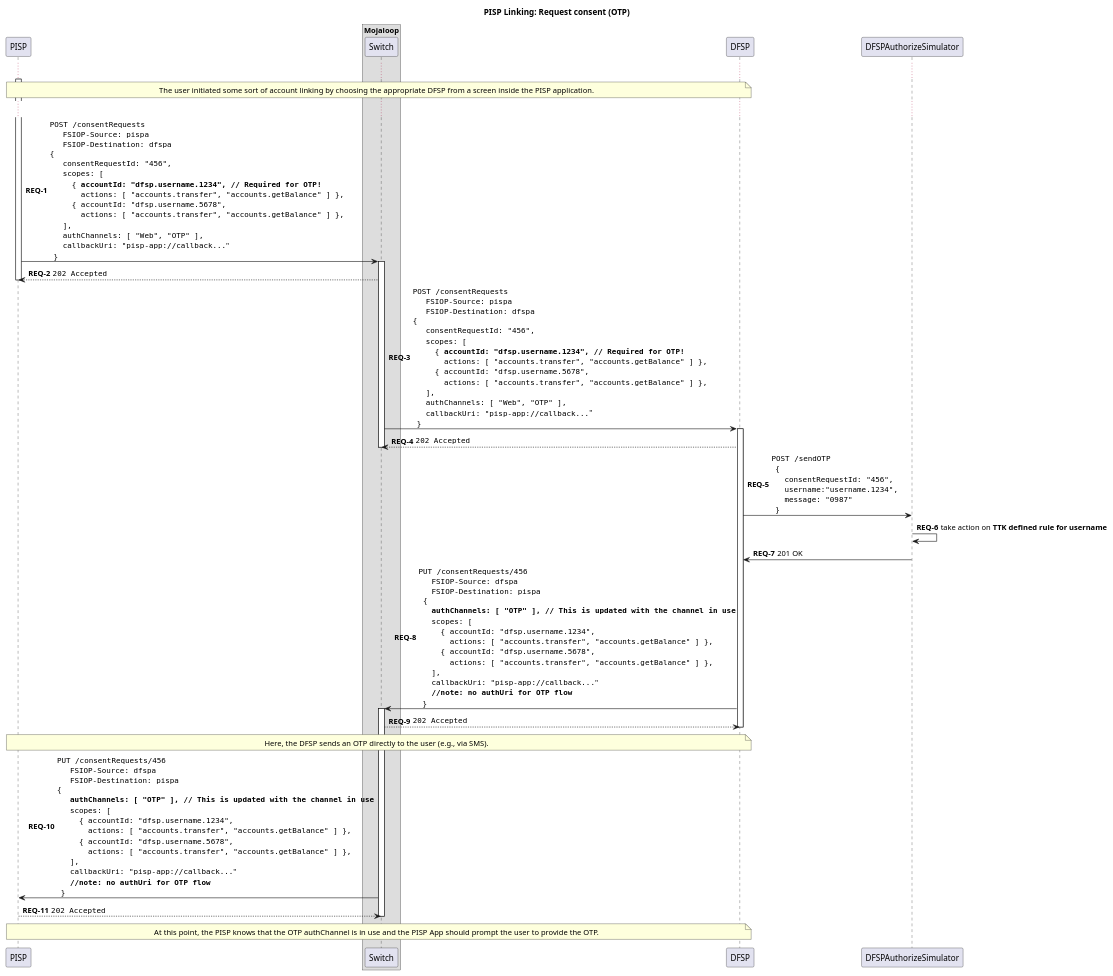
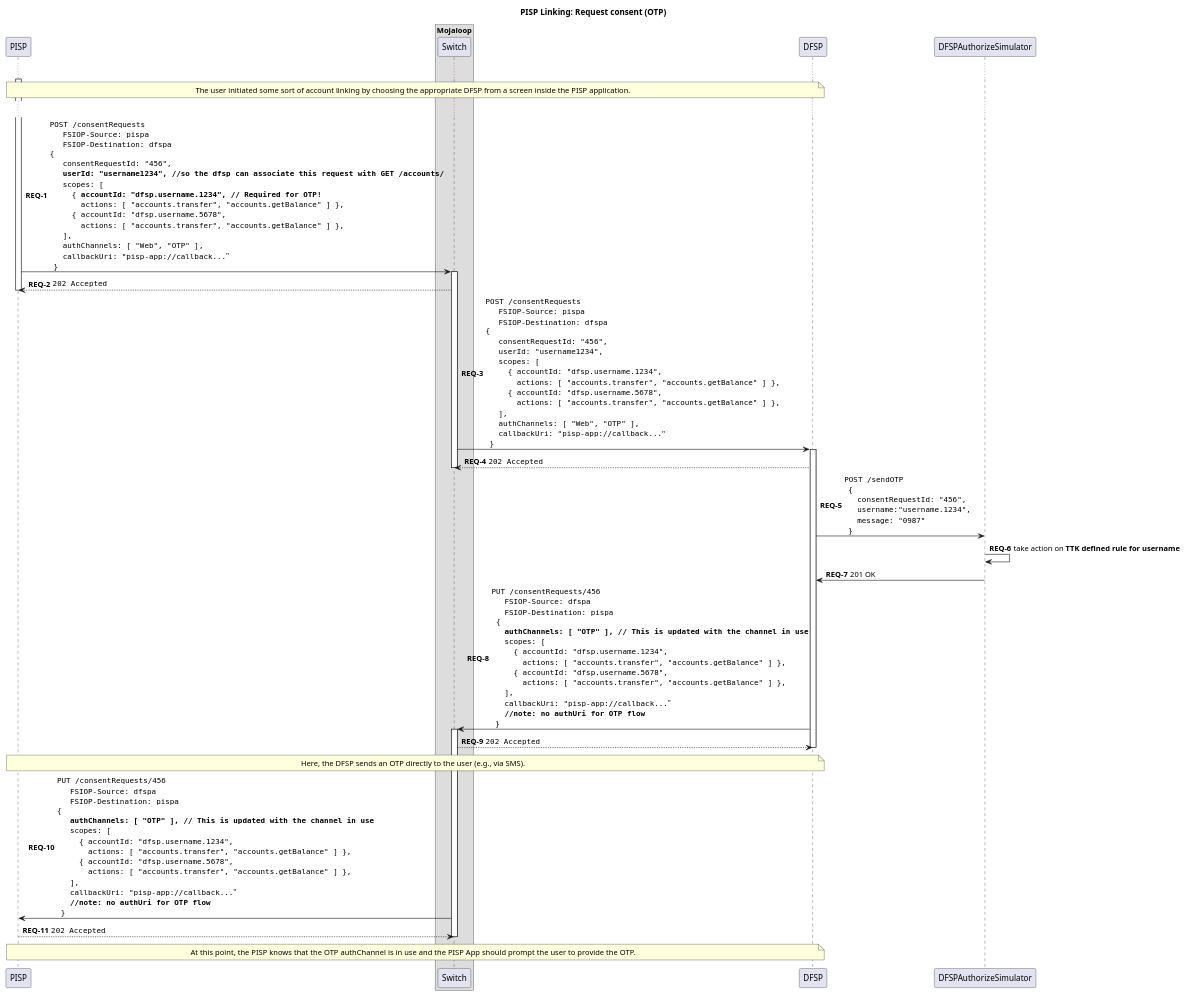
One commit to mojaloop/pisp-project changed the diagram in docs/linking/2-request-consent-otp.puml. Above: the diagram before and after it, drawn with PlantUML. The commit also changed 10 other files, not shown here.

```diff
--- a/docs/linking/2-request-consent-otp.puml
+++ b/docs/linking/2-request-consent-otp.puml
@@ -1,112 +1,114 @@
 @startuml
 
 title PISP Linking: Request consent (OTP)
 
 participant "PISP" as PISP
 
 box "Mojaloop"
     participant Switch
 end box
 
 participant DFSP
 participant DFSPAuthorizeSimulator
 
 autonumber 1 "<b>REQ-#</b>"
 
 activate PISP
 
 ...
 
 note over PISP, DFSP
     The user initiated some sort of account linking by choosing the appropriate DFSP from a screen inside the PISP application.
 end note
 
 ...
 
 PISP -> Switch ++: ""POST /consentRequests""\n\
   ""  FSIOP-Source: pispa""\n\
   ""  FSIOP-Destination: dfspa""\n\
 ""{""\n\
   ""  consentRequestId: "456",""\n\
+  ""  **userId: "username1234", //so the dfsp can associate this request with GET /accounts/**""\n\
   ""  scopes: [ ""\n\
   ""    { **accountId: "dfsp.username.1234", // Required for OTP!**""\n\
   ""      actions: [ "accounts.transfer", "accounts.getBalance" ] },""\n\
   ""    { accountId: "dfsp.username.5678",""\n\
   ""      actions: [ "accounts.transfer", "accounts.getBalance" ] },""\n\
   ""  ],""\n\
   ""  authChannels: [ "Web", "OTP" ],""\n\
   ""  callbackUri: "pisp-app://callback..."""\n\
   ""}""
 Switch --> PISP: ""202 Accepted""
 deactivate PISP
 
 Switch -> DFSP ++:  ""POST /consentRequests""\n\
   ""  FSIOP-Source: pispa""\n\
   ""  FSIOP-Destination: dfspa""\n\
 ""{""\n\
   ""  consentRequestId: "456",""\n\
+  ""  userId: "username1234",""\n\
   ""  scopes: [ ""\n\
-  ""    { **accountId: "dfsp.username.1234", // Required for OTP!**""\n\
+  ""    { accountId: "dfsp.username.1234",""\n\
   ""      actions: [ "accounts.transfer", "accounts.getBalance" ] },""\n\
   ""    { accountId: "dfsp.username.5678",""\n\
   ""      actions: [ "accounts.transfer", "accounts.getBalance" ] },""\n\
   ""  ],""\n\
   ""  authChannels: [ "Web", "OTP" ],""\n\
   ""  callbackUri: "pisp-app://callback..."""\n\
   ""}""
 DFSP --> Switch: ""202 Accepted""
 deactivate Switch
 
 DFSP -> DFSPAuthorizeSimulator : ""POST /sendOTP""\n\
   ""{""\n\
   ""  consentRequestId: "456",""\n\
   ""  username:"username.1234", ""\n\
   ""  message: "0987" ""\n\
   ""}""
 
 DFSPAuthorizeSimulator -> DFSPAuthorizeSimulator: take action on **TTK defined rule for username**
 DFSPAuthorizeSimulator -> DFSP: 201 OK
 DFSP -> Switch ++: ""PUT /consentRequests/456""\n\
   ""  FSIOP-Source: dfspa""\n\
   ""  FSIOP-Destination: pispa""\n\
 "" {""\n\
   ""  **authChannels: [ "OTP" ], // This is updated with the channel in use**""\n\
   ""  scopes: [ ""\n\
   ""    { accountId: "dfsp.username.1234",""\n\
   ""      actions: [ "accounts.transfer", "accounts.getBalance" ] },""\n\
   ""    { accountId: "dfsp.username.5678",""\n\
   ""      actions: [ "accounts.transfer", "accounts.getBalance" ] },""\n\
   ""  ],""\n\
   ""  callbackUri: "pisp-app://callback..."""\n\
   ""  **//note: no authUri for OTP flow**""\n\
   ""}""
 Switch --> DFSP: ""202 Accepted""
 
 note over PISP, DFSP
   Here, the DFSP sends an OTP directly to the user (e.g., via SMS).
 end note
 
 deactivate DFSP
 
 Switch -> PISP: ""PUT /consentRequests/456""\n\
   ""  FSIOP-Source: dfspa""\n\
   ""  FSIOP-Destination: pispa""\n\
 ""{""\n\
   ""  **authChannels: [ "OTP" ], // This is updated with the channel in use**""\n\
   ""  scopes: [ ""\n\
   ""    { accountId: "dfsp.username.1234",""\n\
   ""      actions: [ "accounts.transfer", "accounts.getBalance" ] },""\n\
   ""    { accountId: "dfsp.username.5678",""\n\
   ""      actions: [ "accounts.transfer", "accounts.getBalance" ] },""\n\
   ""  ],""\n\
   ""  callbackUri: "pisp-app://callback..."""\n\
   ""  **//note: no authUri for OTP flow**""\n\
   ""}""
 PISP --> Switch: ""202 Accepted""
 deactivate Switch
 
 note over PISP, DFSP
   At this point, the PISP knows that the OTP authChannel is in use and the PISP App should prompt the user to provide the OTP.
 end note
 
 @enduml
```
